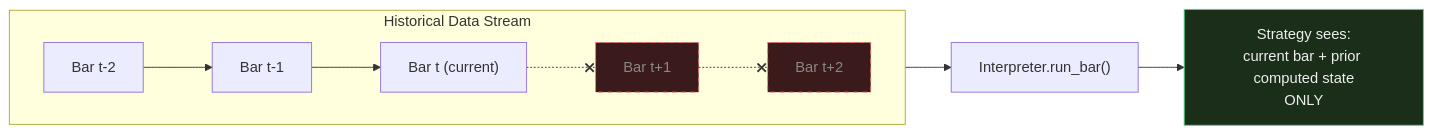
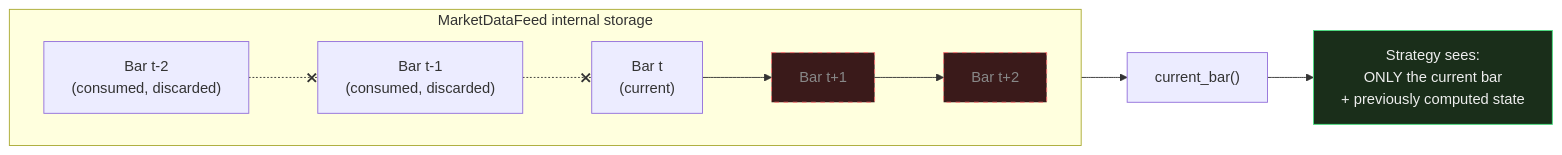
One commit to Arjunpaan/VIGIL changed the third of 3 diagrams in README.md. Above: the diagram before and after it, drawn with Mermaid. The commit also changed other lines of this file, not shown here.

Commit message:
Update README: position sizing, RSI strategy, live-streaming architecture

````diff
--- a/README.md
+++ b/README.md
@@ -119,14 +127,14 @@
 ```mermaid
 flowchart LR
-    subgraph "Historical Data Stream"
+    subgraph feed["MarketDataFeed internal storage"]
         direction LR
-        D1["Bar t-2"] --> D2["Bar t-1"] --> D3["Bar t (current)"] -.-x D4["Bar t+1"]
-        D4 -.-x D5["Bar t+2"]
+        D1["Bar t-2<br/>(consumed, discarded)"] -.-x D2["Bar t-1<br/>(consumed, discarded)"]
+        D2 -.-x D3["Bar t<br/>(current)"] --> D4["Bar t+1"] --> D5["Bar t+2"]
     end
-    D3 --> E["Interpreter.run_bar()"]
-    E --> F["Strategy sees:<br/>current bar + prior computed state<br/>ONLY"]
+    D3 --> E["current_bar()"]
+    E --> F["Strategy sees:<br/>ONLY the current bar<br/>+ previously computed state"]
 
     style D4 fill:#3a1a1a,stroke:#f87171,color:#888,stroke-dasharray: 5 5
     style D5 fill:#3a1a1a,stroke:#f87171,color:#888,stroke-dasharray: 5 5
     style F fill:#1a2e1a,stroke:#4ade80,color:#eee
 ```
````
